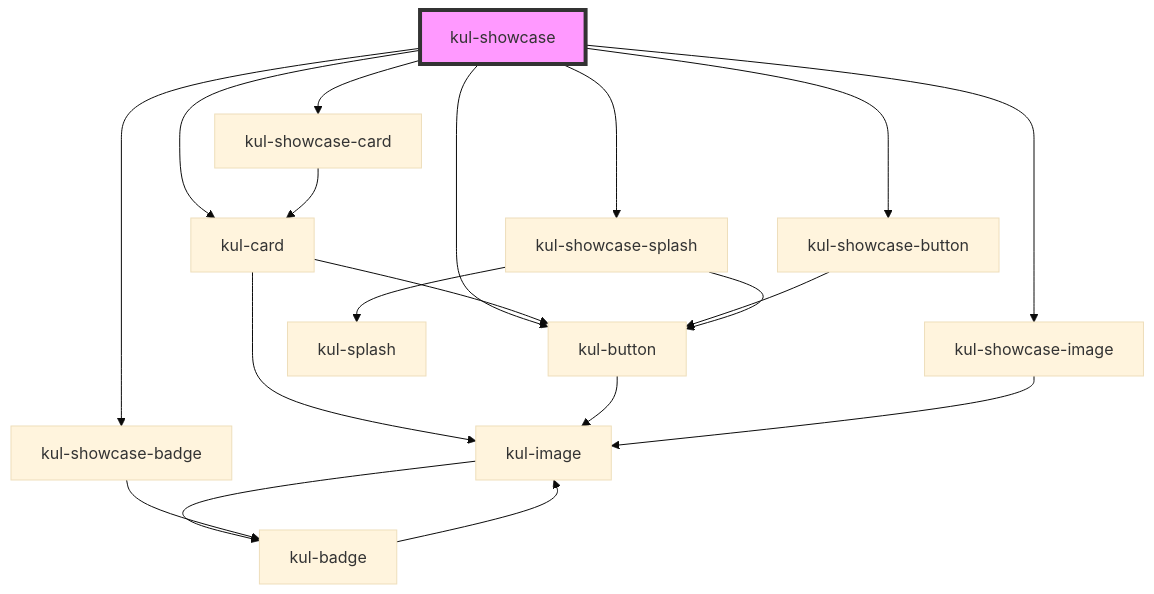
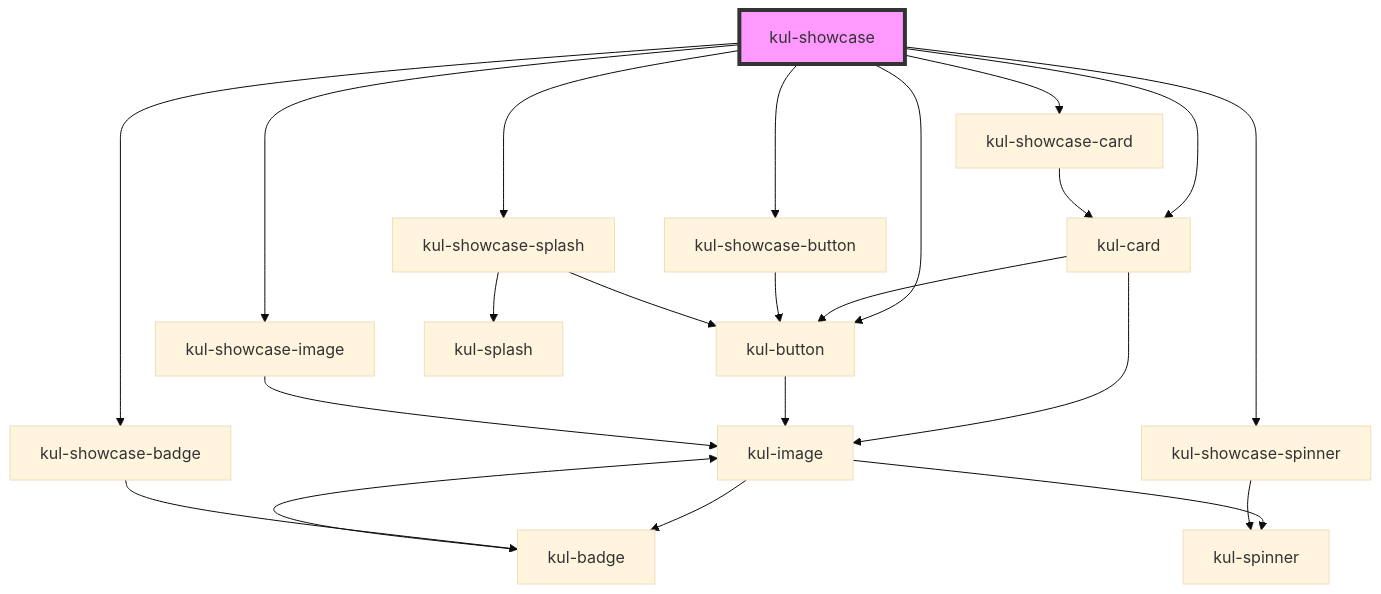
The diagram in packages/ketchup-lite/src/components/kul-showcase/readme.md (smeup/ketchup), drawn with Mermaid (base theme) before and after one commit. The commit also changed other lines of this file and 20 other files, not shown here.

````diff
--- a/packages/ketchup-lite/src/components/kul-showcase/readme.md
+++ b/packages/ketchup-lite/src/components/kul-showcase/readme.md
@@ -90,22 +91,25 @@
 ```mermaid
 graph TD;
   kul-showcase --> kul-card
   kul-showcase --> kul-showcase-badge
   kul-showcase --> kul-showcase-button
   kul-showcase --> kul-showcase-card
   kul-showcase --> kul-showcase-image
   kul-showcase --> kul-showcase-splash
+  kul-showcase --> kul-showcase-spinner
   kul-showcase --> kul-button
   kul-card --> kul-image
   kul-card --> kul-button
+  kul-image --> kul-spinner
   kul-image --> kul-badge
   kul-badge --> kul-image
   kul-button --> kul-image
   kul-showcase-badge --> kul-badge
   kul-showcase-button --> kul-button
   kul-showcase-card --> kul-card
   kul-showcase-image --> kul-image
   kul-showcase-splash --> kul-button
   kul-showcase-splash --> kul-splash
+  kul-showcase-spinner --> kul-spinner
   style kul-showcase fill:#f9f,stroke:#333,stroke-width:4px
 ```
````
